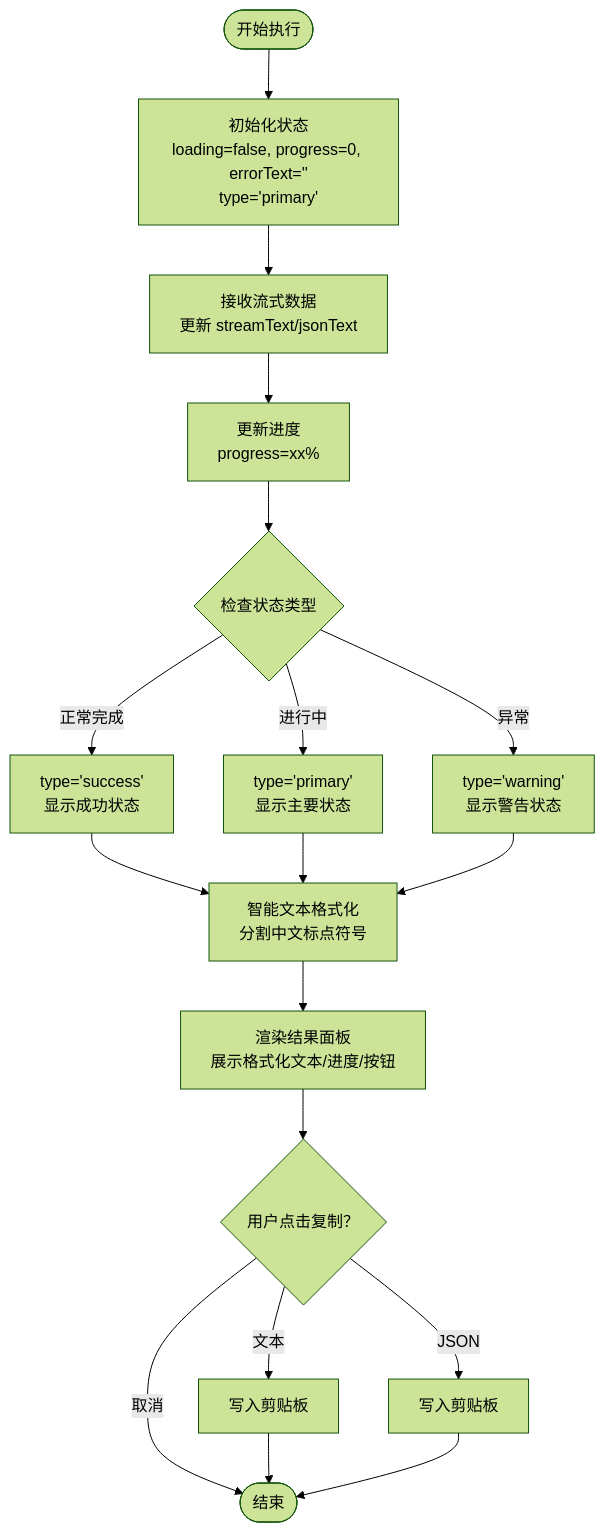
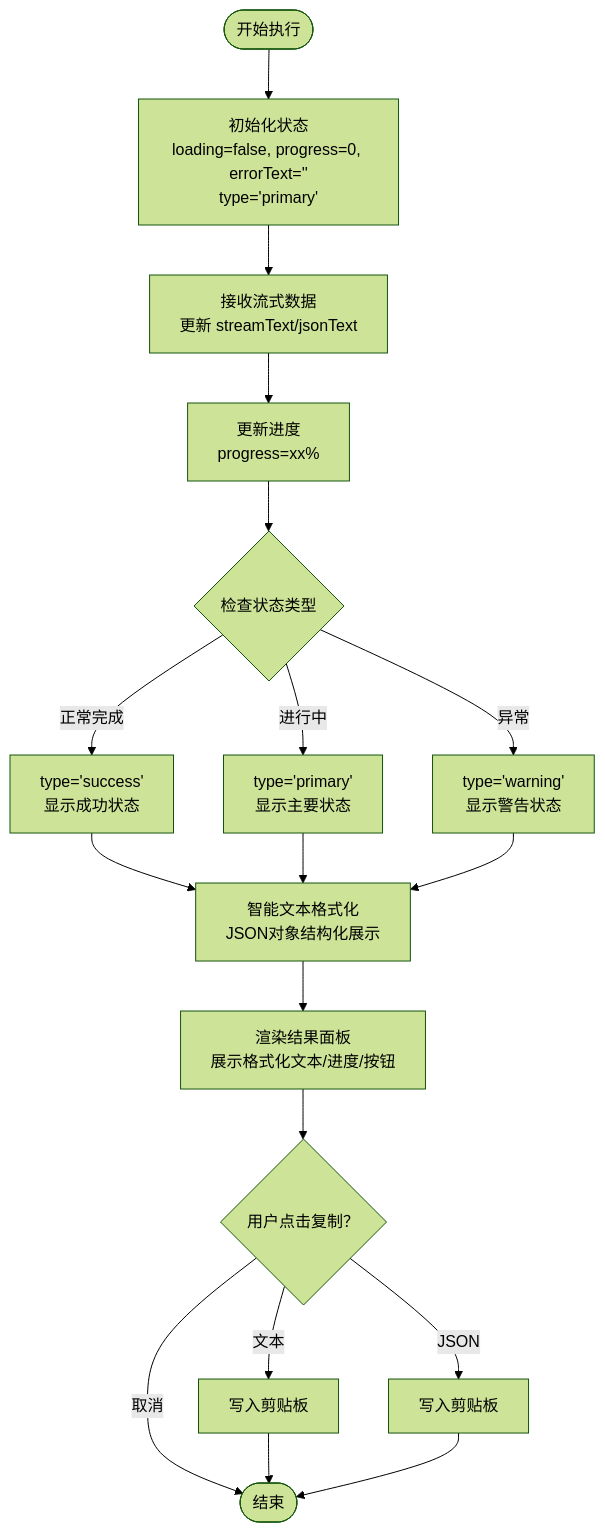
One commit to hanksd769-droid/sailshub changed the third of 4 diagrams in .qoder/repowiki/zh/content/前端组件架构/UI 组件.md. Above: the diagram before and after it, drawn with Mermaid (forest theme). The commit also changed other lines of this file and 4 other files, not shown here.

````diff
--- a/.qoder/repowiki/zh/content/前端组件架构/UI 组件.md
+++ b/.qoder/repowiki/zh/content/前端组件架构/UI 组件.md
@@ -273,20 +273,20 @@
 ```mermaid
 flowchart TD
 Start(["开始执行"]) --> Init["初始化状态<br/>loading=false, progress=0, errorText=''<br/>type='primary'"]
 Init --> Stream["接收流式数据<br/>更新 streamText/jsonText"]
 Stream --> Update["更新进度<br/>progress=xx%"]
 Update --> TypeCheck{"检查状态类型"}
 TypeCheck --> |正常完成| Success["type='success'<br/>显示成功状态"]
 TypeCheck --> |进行中| Primary["type='primary'<br/>显示主要状态"]
 TypeCheck --> |异常| Warning["type='warning'<br/>显示警告状态"]
-Success --> Format["智能文本格式化<br/>分割中文标点符号"]
+Success --> Format["智能文本格式化<br/>JSON对象结构化展示"]
 Primary --> Format
 Warning --> Format
 Format --> Render["渲染结果面板<br/>展示格式化文本/进度/按钮"]
 Render --> Copy{"用户点击复制？"}
 Copy --> |文本| ClipText["写入剪贴板"]
 Copy --> |JSON| ClipJson["写入剪贴板"]
 Copy --> |取消| End(["结束"])
 ClipText --> End
 ClipJson --> End
 ```
````
